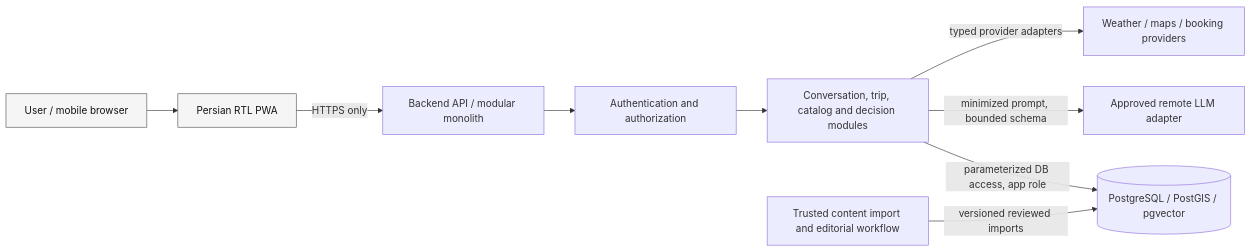
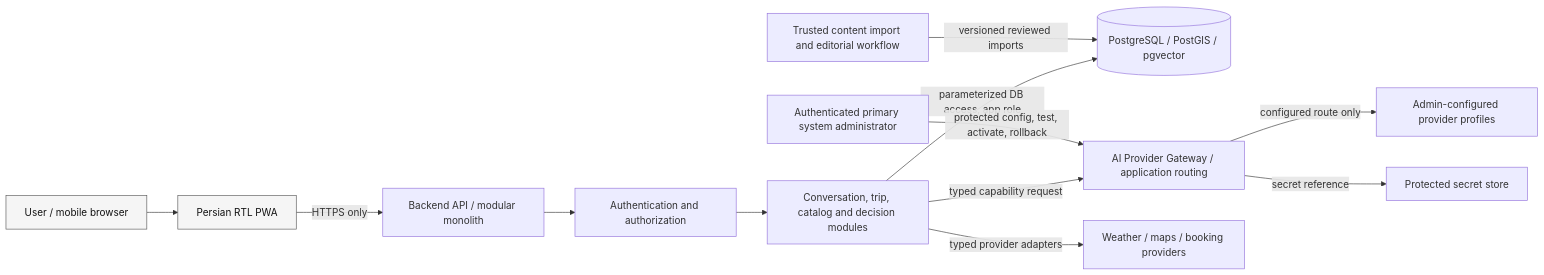
Before and after one commit to AiDev168/Ai_Tourism: the diagram in docs/security/SECURITY_PRIVACY_BOUNDARIES_v0.1.md, drawn with Mermaid. The commit also changed other lines of this file and 73 other files, not shown here.

````diff
--- a/docs/security/SECURITY_PRIVACY_BOUNDARIES_v0.1.md
+++ b/docs/security/SECURITY_PRIVACY_BOUNDARIES_v0.1.md
@@ -20,24 +20,30 @@
 ```mermaid
 flowchart LR
     U[User / mobile browser]
     PWA[Persian RTL PWA]
     API[Backend API / modular monolith]
     AUTH[Authentication and authorization]
     DOMAIN[Conversation, trip, catalog and decision modules]
     DB[(PostgreSQL / PostGIS / pgvector)]
-    LLM[Approved remote LLM adapter]
+    GATEWAY[AI Provider Gateway / application routing]
+    PROVIDERS[Admin-configured provider profiles]
+    SECRETS[Protected secret store]
     EXT[Weather / maps / booking providers]
-    ADMIN[Trusted content import and editorial workflow]
+    ADMIN[Authenticated primary system administrator]
+    EDITOR[Trusted content import and editorial workflow]
 
     U --> PWA
     PWA -->|HTTPS only| API
     API --> AUTH
     AUTH --> DOMAIN
     DOMAIN -->|parameterized DB access, app role| DB
-    DOMAIN -->|minimized prompt, bounded schema| LLM
+    DOMAIN -->|typed capability request| GATEWAY
+    GATEWAY -->|configured route only| PROVIDERS
+    GATEWAY -->|secret reference| SECRETS
+    ADMIN -->|protected config, test, activate, rollback| GATEWAY
     DOMAIN -->|typed provider adapters| EXT
-    ADMIN -->|versioned reviewed imports| DB
+    EDITOR -->|versioned reviewed imports| DB
 
     classDef trust fill:#f5f5f5,stroke:#555,color:#111
     class U,PWA trust
 ```
````
